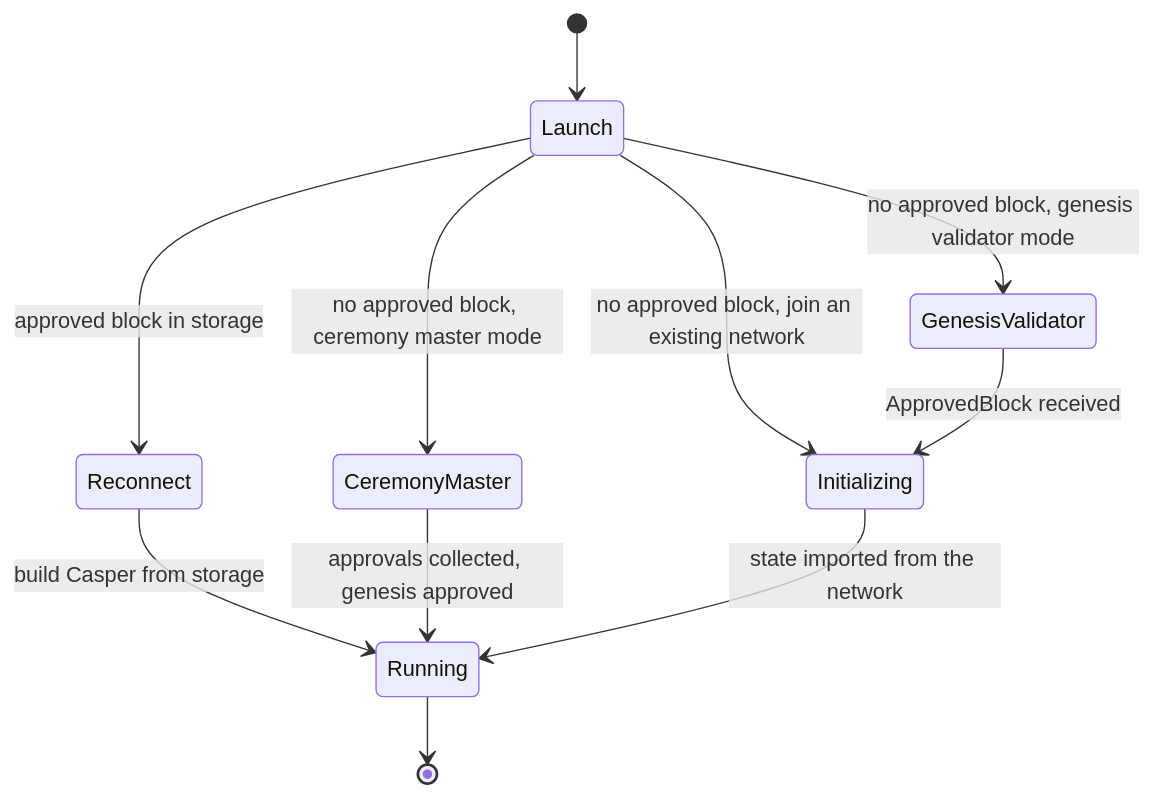
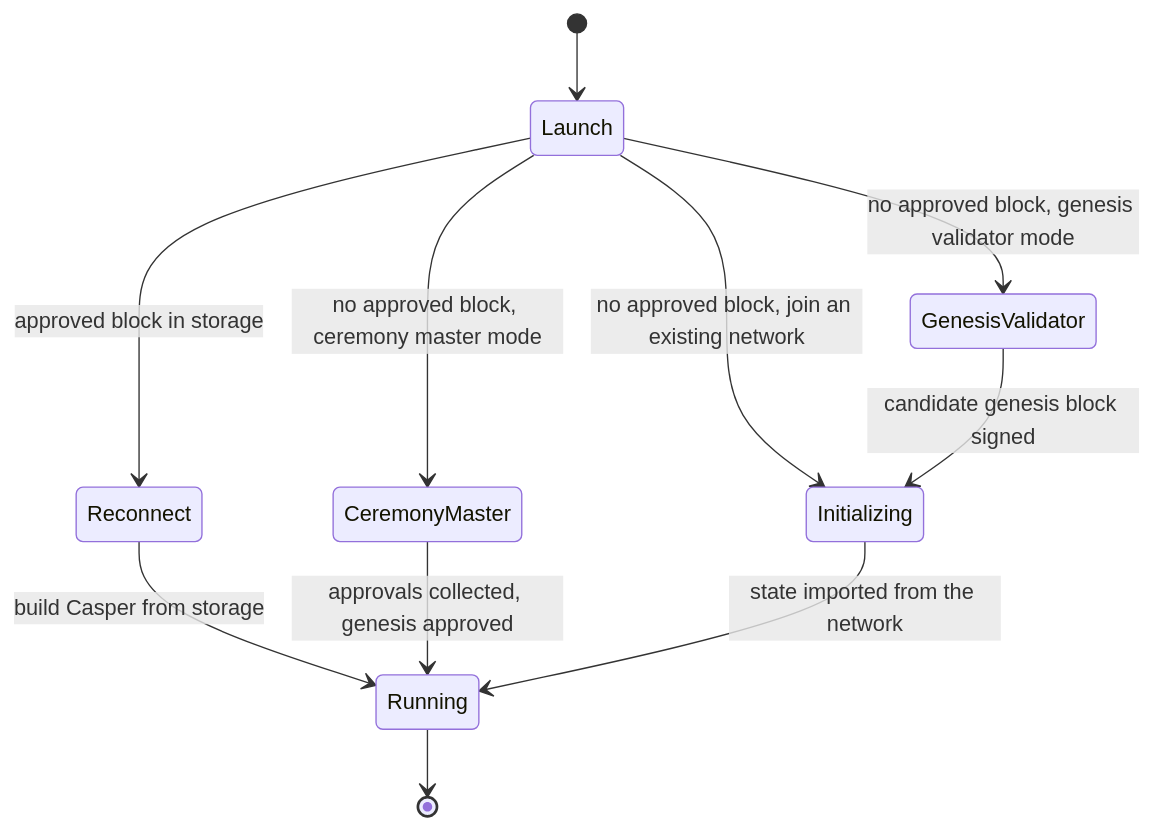
Before and after one commit to asi-alliance/asi-chain-docs-portal: the second of 2 diagrams in architecture/state-diagrams/startup/index.md, drawn with Mermaid. The commit also changed other lines of this file and 3 other files, not shown here.

Commit message:
[AS-913] Fix genesis transition, validation rejects and indexer schema notes

````diff
--- a/architecture/state-diagrams/startup/index.md
+++ b/architecture/state-diagrams/startup/index.md
@@ -30,14 +30,14 @@
 ```mermaid
 stateDiagram-v2
     [*] --> Launch
     Launch --> Reconnect : approved block in storage
     Launch --> GenesisValidator : no approved block, genesis validator mode
     Launch --> CeremonyMaster : no approved block, ceremony master mode
     Launch --> Initializing : no approved block, join an existing network
 
     Reconnect --> Running : build Casper from storage
-    GenesisValidator --> Initializing : ApprovedBlock received
+    GenesisValidator --> Initializing : candidate genesis block signed
     CeremonyMaster --> Running : approvals collected, genesis approved
     Initializing --> Running : state imported from the network
     Running --> [*]
 ```
````
